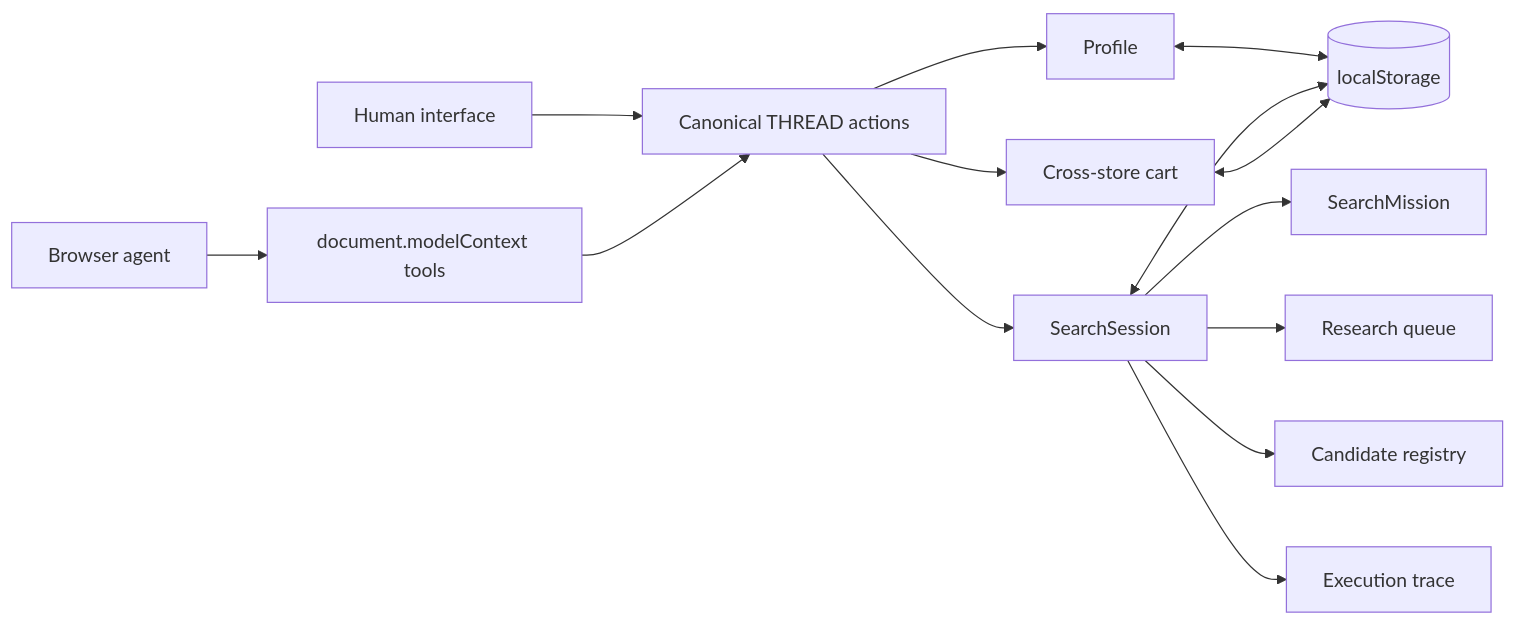
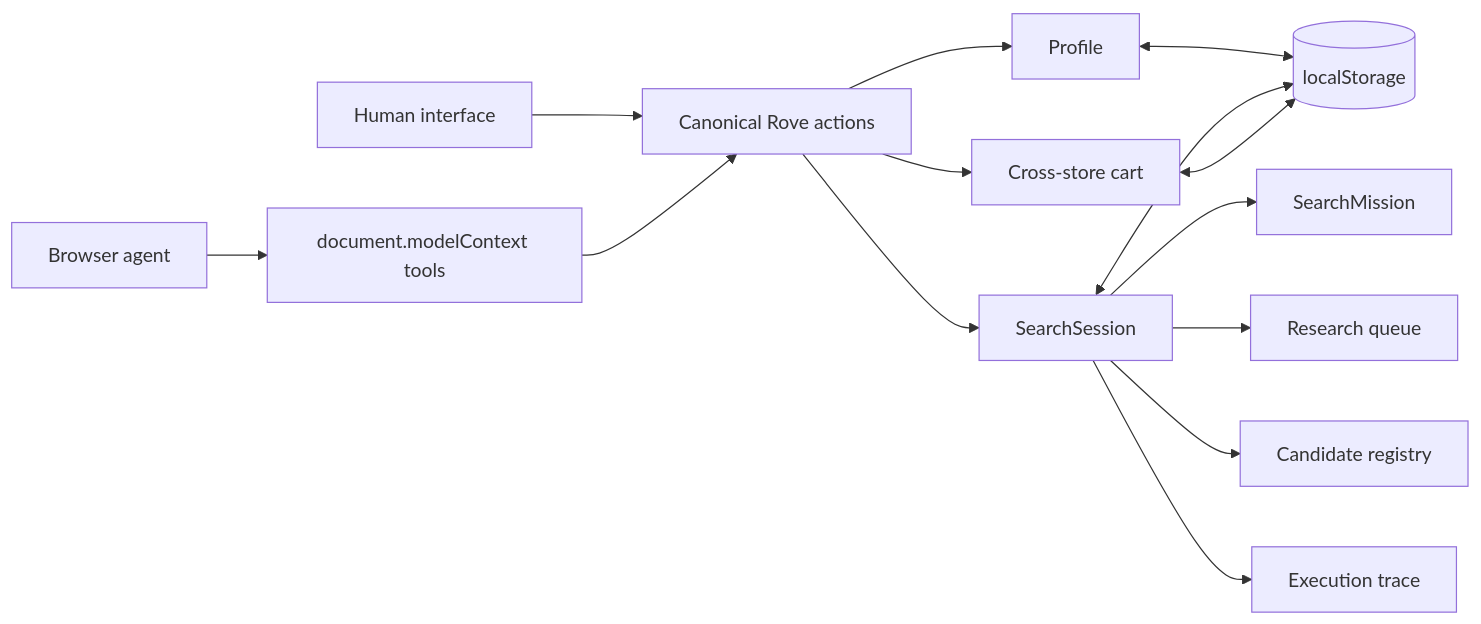
Before and after one commit to Chris-Miracle/thread: the diagram in README.md, drawn with Mermaid. The commit also changed other lines of this file and 39 other files, not shown here.

````diff
--- a/README.md
+++ b/README.md
@@ -15,16 +15,16 @@
 ```mermaid
 flowchart LR
-  Human[Human interface] --> Actions[Canonical THREAD actions]
+  Human[Human interface] --> Actions[Canonical Rove actions]
   Agent[Browser agent] --> MCP[document.modelContext tools]
   MCP --> Actions
   Actions --> Profile[Profile]
   Actions --> Session[SearchSession]
   Session --> Mission[SearchMission]
   Session --> Queue[Research queue]
   Session --> Registry[Candidate registry]
   Session --> Trace[Execution trace]
   Actions --> Cart[Cross-store cart]
   Profile <--> Storage[(localStorage)]
   Session <--> Storage
   Cart <--> Storage
 ```
````
